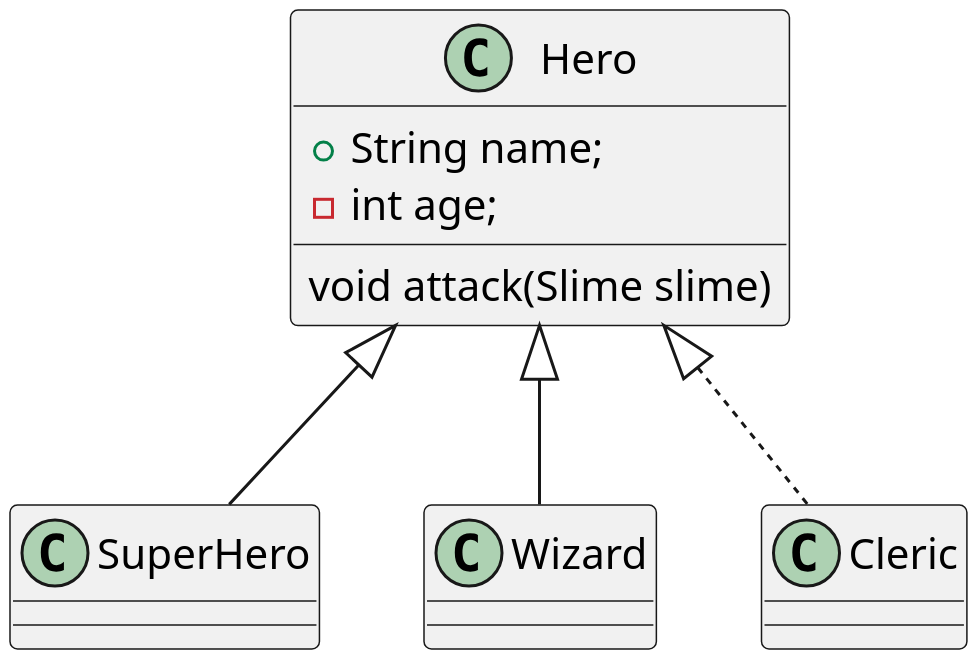
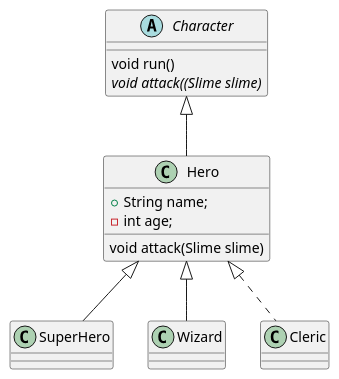
One commit to hemu0-0/modu-3-dart-study changed the diagram in assignments/2025-03-18/game.puml. Above: the diagram before and after it, drawn with PlantUML. The commit also changed 6 other files, not shown here.

```diff
--- a/assignments/2025-03-18/game.puml
+++ b/assignments/2025-03-18/game.puml
@@ -1,21 +1,25 @@
 @startuml
-scale 3
-class Hero {
+
+abstract class Character {
+        void run()
+        {abstract} void attack((Slime slime)
+}
+class  Hero extends Character {
     +String name;
     -int age;
 
     void attack(Slime slime)
 
 }
 
 class SuperHero extends Hero {
 }
 
 class Wizard extends Hero
 
 class Cleric implements Hero {}
 
 
 
 
 @enduml
```
